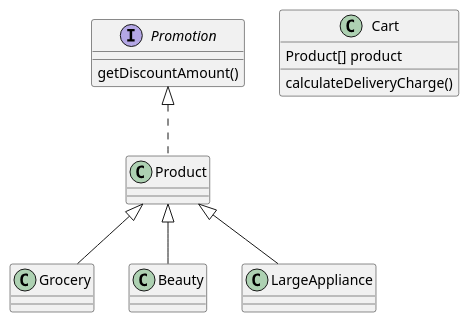
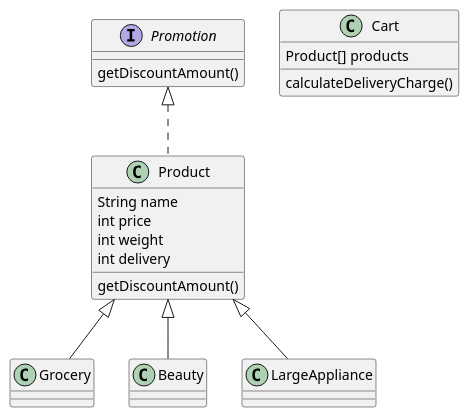
Before and after one commit to gmlwn77/EST-weekly-quiz: the diagram in src/interfaceQuiz/interface.puml, drawn with PlantUML. The commit also changed 8 other files, not shown here.

```diff
--- a/src/interfaceQuiz/interface.puml
+++ b/src/interfaceQuiz/interface.puml
@@ -1,25 +1,30 @@
 @startuml
 
 Interface Promotion {
     getDiscountAmount()
 }
 
 Class Product implements Promotion{
+    String name
+    int price
+    int weight
+    int delivery
 
+    getDiscountAmount()
 }
 
 Class Cart {
-    Product[] product
+    Product[] products
     calculateDeliveryCharge()
 }
 
 Class Grocery extends Product{
 }
 
 Class Beauty extends Product{
 }
 
 Class LargeAppliance extends Product{
 }
 
 @enduml
```
